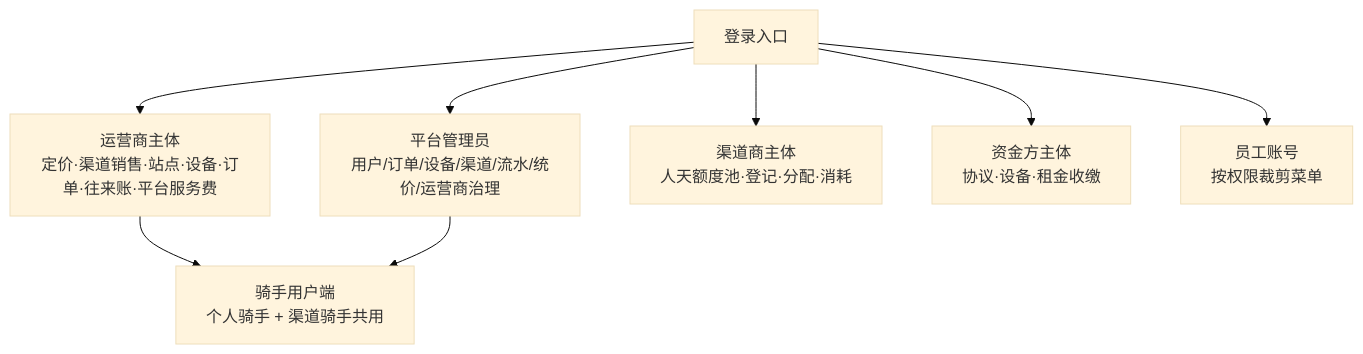
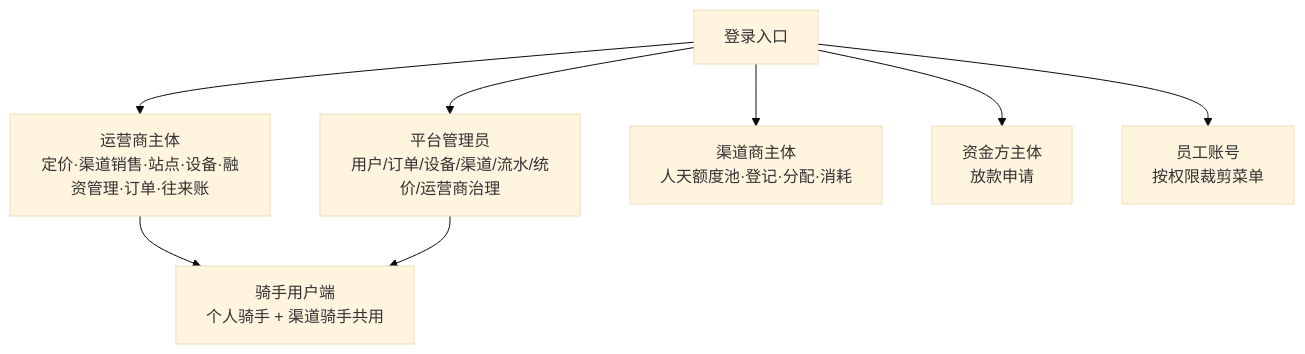
One commit to liudali/rider-swap-operator-prototype changed the fifth of 5 diagrams in docs/业务整体预览图.md. Above: the diagram before and after it, drawn with Mermaid (base theme). The commit also changed other lines of this file and 54 other files, not shown here.

````diff
--- a/docs/业务整体预览图.md
+++ b/docs/业务整体预览图.md
@@ -208,13 +227,13 @@
 ```mermaid
 flowchart TB
   Login[登录入口]
 
   Login --> AdminM["平台管理员<br/>用户/订单/设备/渠道/流水/统价/运营商治理"]
-  Login --> OPM["运营商主体<br/>定价·渠道销售·站点·设备·订单·往来账·平台服务费"]
+  Login --> OPM["运营商主体<br/>定价·渠道销售·站点·设备·融资管理·订单·往来账"]
   Login --> CHM["渠道商主体<br/>人天额度池·登记·分配·消耗"]
-  Login --> LM["资金方主体<br/>协议·设备·租金收缴"]
+  Login --> LM["资金方主体<br/>放款申请"]
   Login --> Emp["员工账号<br/>按权限裁剪菜单"]
 
   OPM --> Mobile["骑手用户端<br/>个人骑手 + 渠道骑手共用"]
   AdminM --> Mobile
 ```
````
